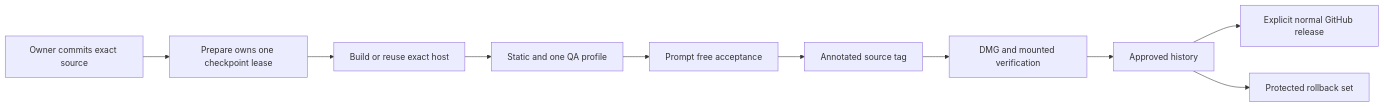
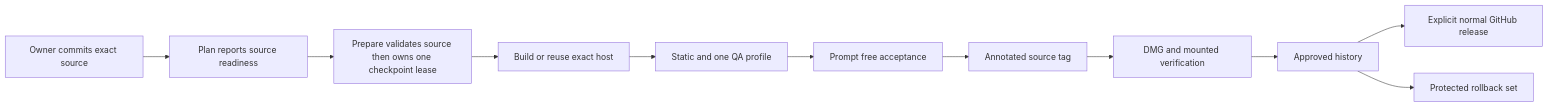
Before and after one commit to alexwck/dbcode-wrapper: the diagram in wiki/architecture/release-trust-and-compatibility.md, drawn with Mermaid. The commit also changed other lines of this file and 5 other files, not shown here.

````diff
--- a/wiki/architecture/release-trust-and-compatibility.md
+++ b/wiki/architecture/release-trust-and-compatibility.md
@@ -22,12 +22,13 @@
 ```mermaid
 flowchart LR
-  O[Owner commits exact source] --> P[Prepare owns one checkpoint lease]
+  O[Owner commits exact source] --> N[Plan reports source readiness]
+  N --> P[Prepare validates source then owns one checkpoint lease]
   P --> B[Build or reuse exact host]
   B --> Q[Static and one QA profile]
   Q --> A[Prompt free acceptance]
   A --> T[Annotated source tag]
   T --> D[DMG and mounted verification]
   D --> H[Approved history]
   H --> G[Explicit normal GitHub release]
   H --> R[Protected rollback set]
 ```
````
